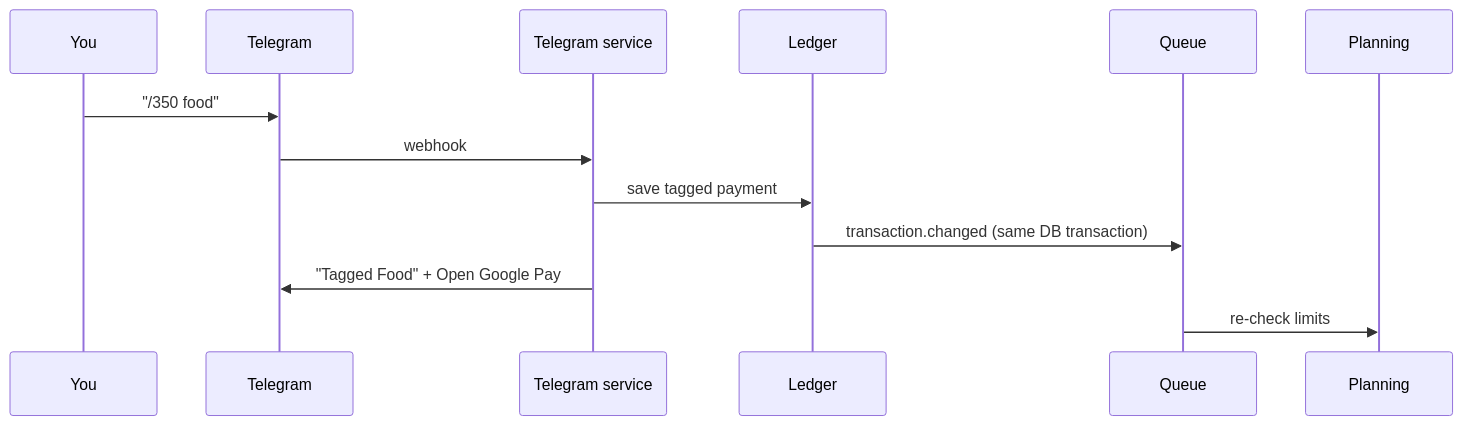
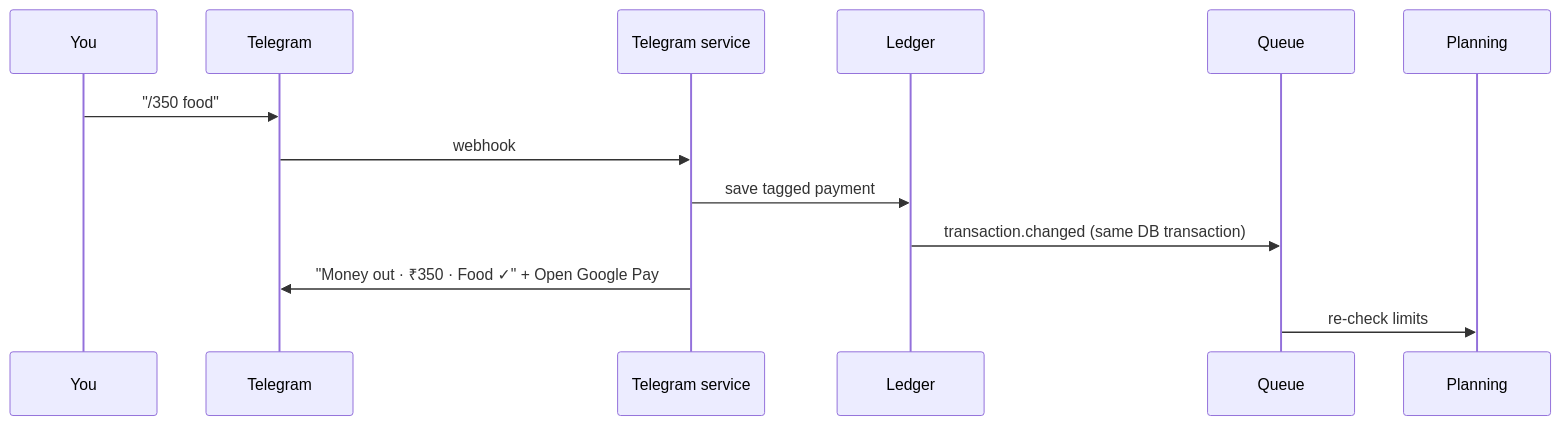
The second of 3 diagrams in docs/SYSTEM_DESIGN.md (aayushsugandhi2703/LBStash), drawn with Mermaid before and after one commit. The commit also changed other lines of this file and 3 other files, not shown here.

````diff
--- a/docs/SYSTEM_DESIGN.md
+++ b/docs/SYSTEM_DESIGN.md
@@ -147,15 +147,15 @@
 ```mermaid
 sequenceDiagram
   participant You
   participant Telegram
   participant Bot as Telegram service
   participant Ledger
   participant Queue
   participant Planning
   You->>Telegram: "/350 food"
   Telegram->>Bot: webhook
   Bot->>Ledger: save tagged payment
   Ledger->>Queue: transaction.changed (same DB transaction)
-  Bot->>Telegram: "Tagged Food" + Open Google Pay
+  Bot->>Telegram: "Money out · ₹350 · Food ✓" + Open Google Pay
   Queue->>Planning: re-check limits
 ```
````
